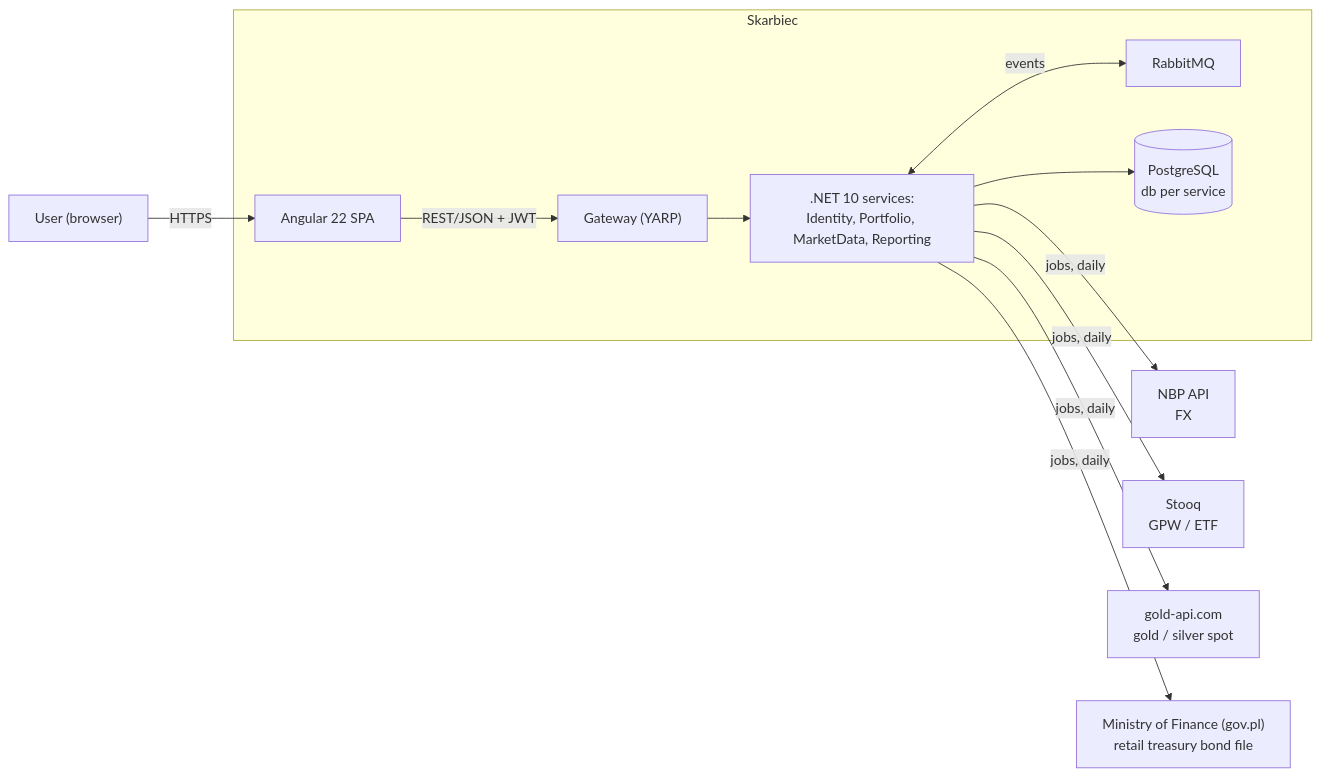
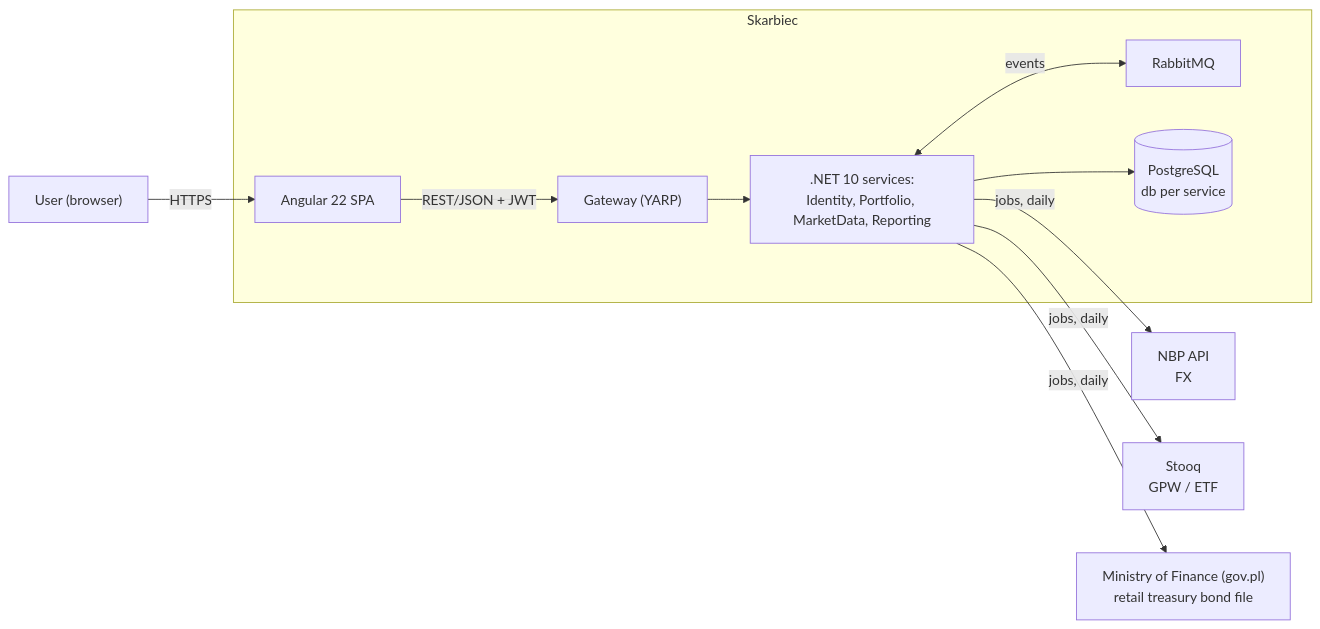
Before and after one commit to Maliniak93/FinMel: the first of 7 diagrams in skarbiec-plan/architecture.md, drawn with Mermaid. The commit also changed other lines of this file and 60 other files, not shown here.

````diff
--- a/skarbiec-plan/architecture.md
+++ b/skarbiec-plan/architecture.md
@@ -55,25 +55,23 @@
 ```mermaid
 flowchart LR
     U["User (browser)"]
     subgraph SKARBIEC["Skarbiec"]
         SPA["Angular 22 SPA"]
         GW["Gateway (YARP)"]
         SVC[".NET 10 services:<br/>Identity, Portfolio, MarketData, Reporting"]
         MQ["RabbitMQ"]
         DB[("PostgreSQL<br/>db per service")]
     end
     NBP["NBP API<br/>FX"]
     STOOQ["Stooq<br/>GPW / ETF"]
-    GA["gold-api.com<br/>gold / silver spot"]
     MF["Ministry of Finance (gov.pl)<br/>retail treasury bond file"]
 
     U -->|HTTPS| SPA
     SPA -->|"REST/JSON + JWT"| GW
     GW --> SVC
     SVC <-->|events| MQ
     SVC --> DB
     SVC -->|"jobs, daily"| NBP
     SVC -->|"jobs, daily"| STOOQ
-    SVC -->|"jobs, daily"| GA
     SVC -->|"jobs, daily"| MF
 ```
````
